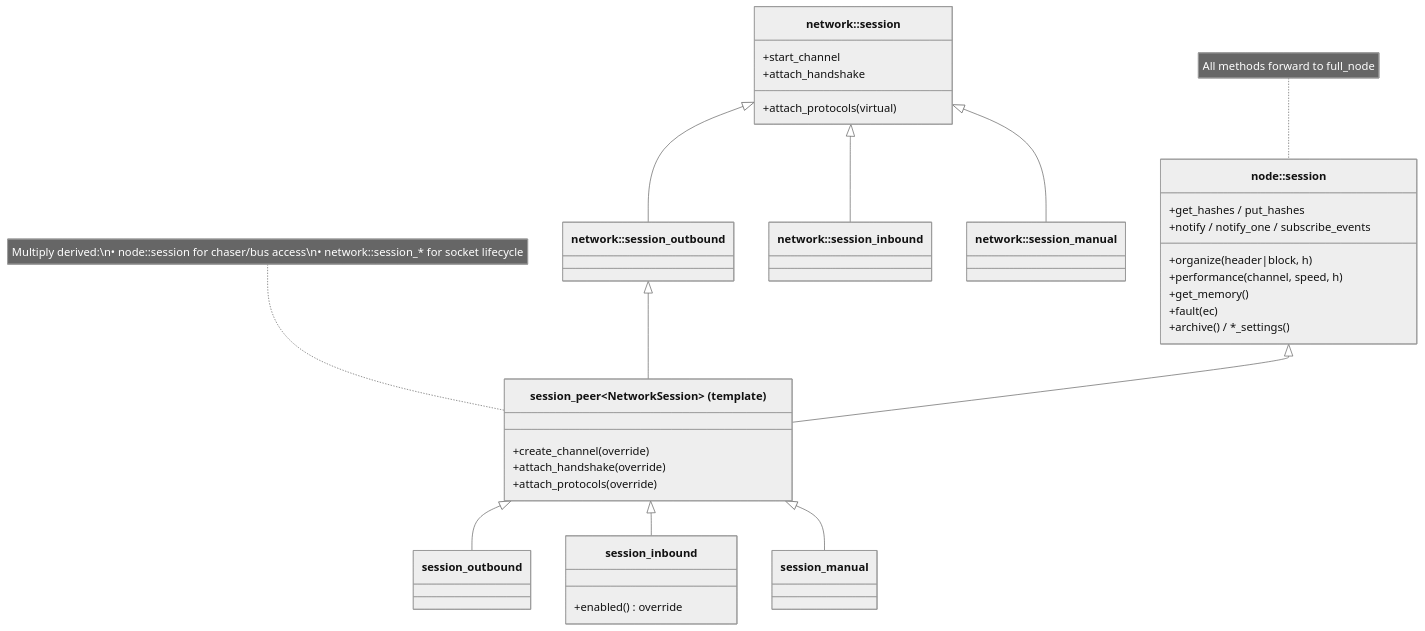
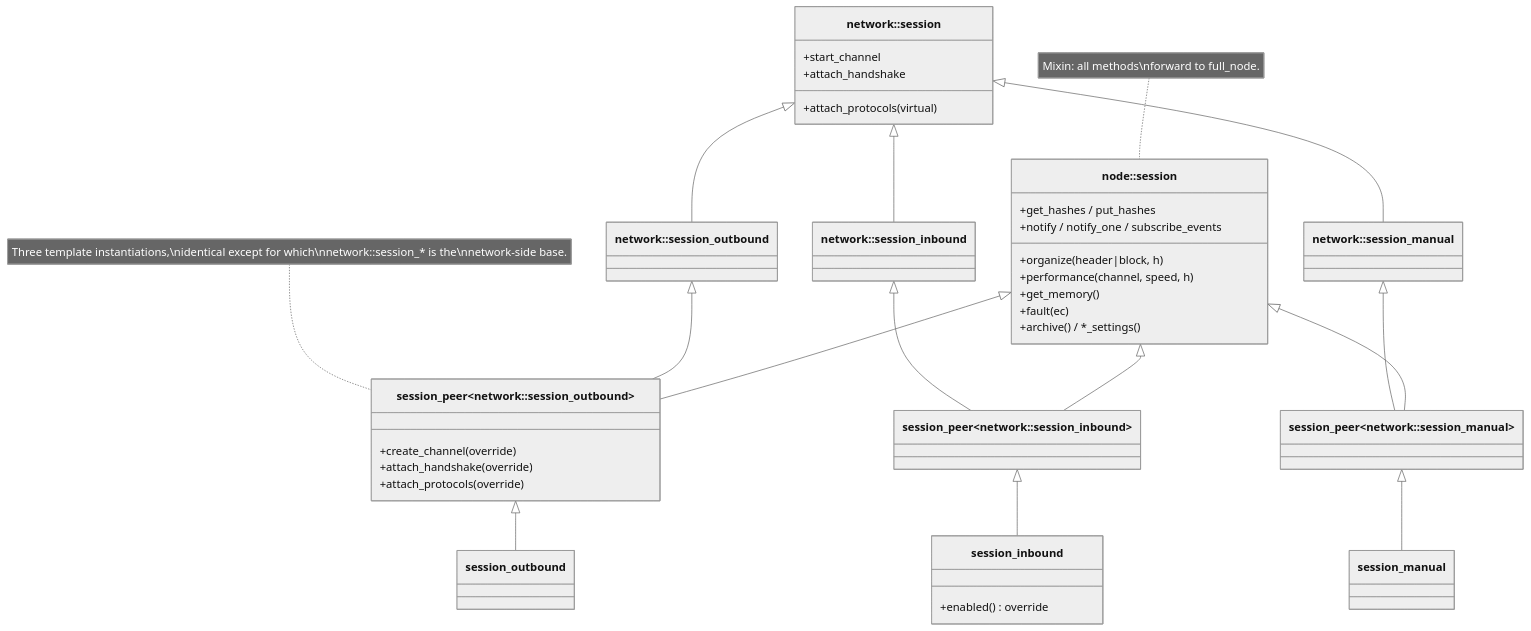
The first of 6 diagrams in docs/architecture/06-sessions-and-protocols.md (libbitcoin/libbitcoin-node), drawn with Mermaid (neutral theme) before and after one commit. The commit also changed other lines of this file and 11 other files, not shown here.

````diff
--- a/docs/architecture/06-sessions-and-protocols.md
+++ b/docs/architecture/06-sessions-and-protocols.md
@@ -42,42 +53,51 @@
 ```mermaid
 classDiagram
     class network_session["network::session"] {
         +start_channel
         +attach_handshake
         +attach_protocols (virtual)
     }
     class node_session["node::session"] {
         +organize(header|block, h)
         +get_hashes / put_hashes
         +notify / notify_one / subscribe_events
         +performance(channel, speed, h)
         +get_memory()
         +fault(ec)
         +archive() / *_settings()
     }
     class network_session_outbound["network::session_outbound"]
     class network_session_inbound["network::session_inbound"]
     class network_session_manual["network::session_manual"]
-    class session_peer["session_peer&lt;NetworkSession&gt; (template)"] {
+    class session_peer_out["session_peer&lt;network::session_outbound&gt;"] {
         +create_channel (override)
         +attach_handshake (override)
         +attach_protocols (override)
     }
+    class session_peer_in["session_peer&lt;network::session_inbound&gt;"]
+    class session_peer_man["session_peer&lt;network::session_manual&gt;"]
     class session_outbound
     class session_inbound {
         +enabled() override
     }
     class session_manual
 
     network_session <|-- network_session_outbound
     network_session <|-- network_session_inbound
     network_session <|-- network_session_manual
-    network_session_outbound <|-- session_peer
-    node_session <|-- session_peer
-    session_peer <|-- session_outbound
-    session_peer <|-- session_inbound
-    session_peer <|-- session_manual
 
-    note for session_peer "Multiply derived:\n• node::session for chaser/bus access\n• network::session_* for socket lifecycle"
-    note for node_session "All methods forward to full_node"
+    network_session_outbound <|-- session_peer_out
+    network_session_inbound  <|-- session_peer_in
+    network_session_manual   <|-- session_peer_man
+
+    node_session <|-- session_peer_out
+    node_session <|-- session_peer_in
+    node_session <|-- session_peer_man
+
+    session_peer_out <|-- session_outbound
+    session_peer_in  <|-- session_inbound
+    session_peer_man <|-- session_manual
+
+    note for session_peer_out "Three template instantiations,\nidentical except for which\nnetwork::session_* is the\nnetwork-side base."
+    note for node_session "Mixin: all methods\nforward to full_node."
 ```
````
